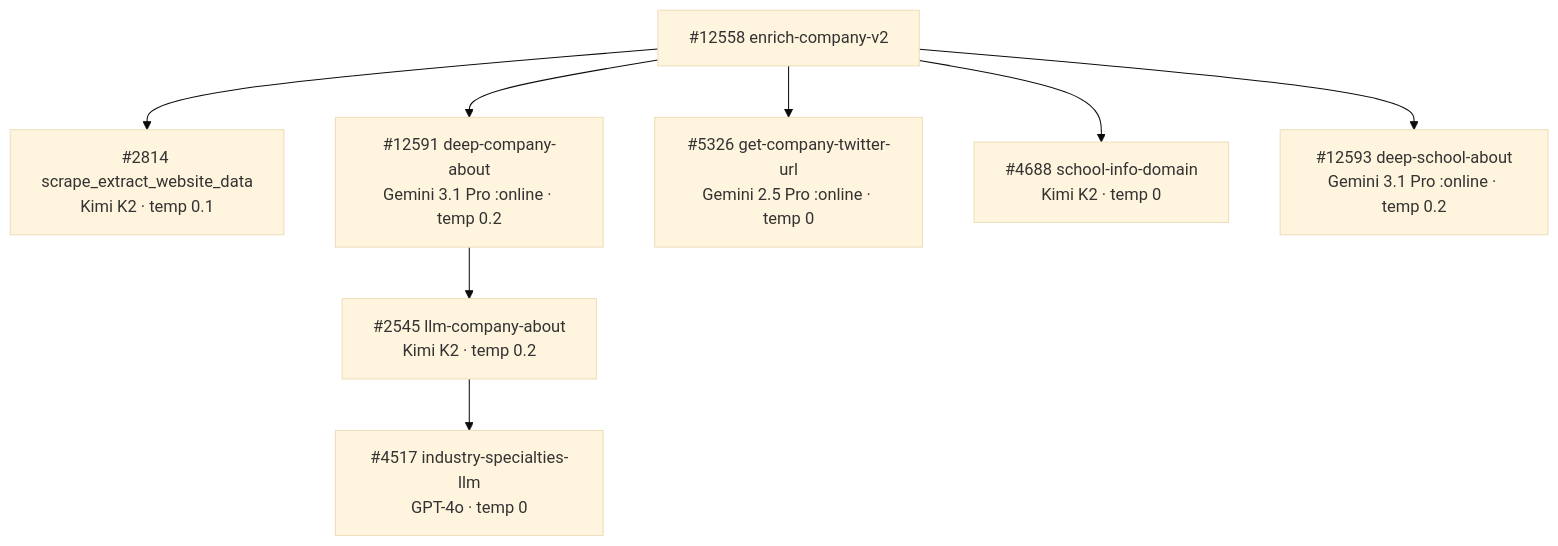
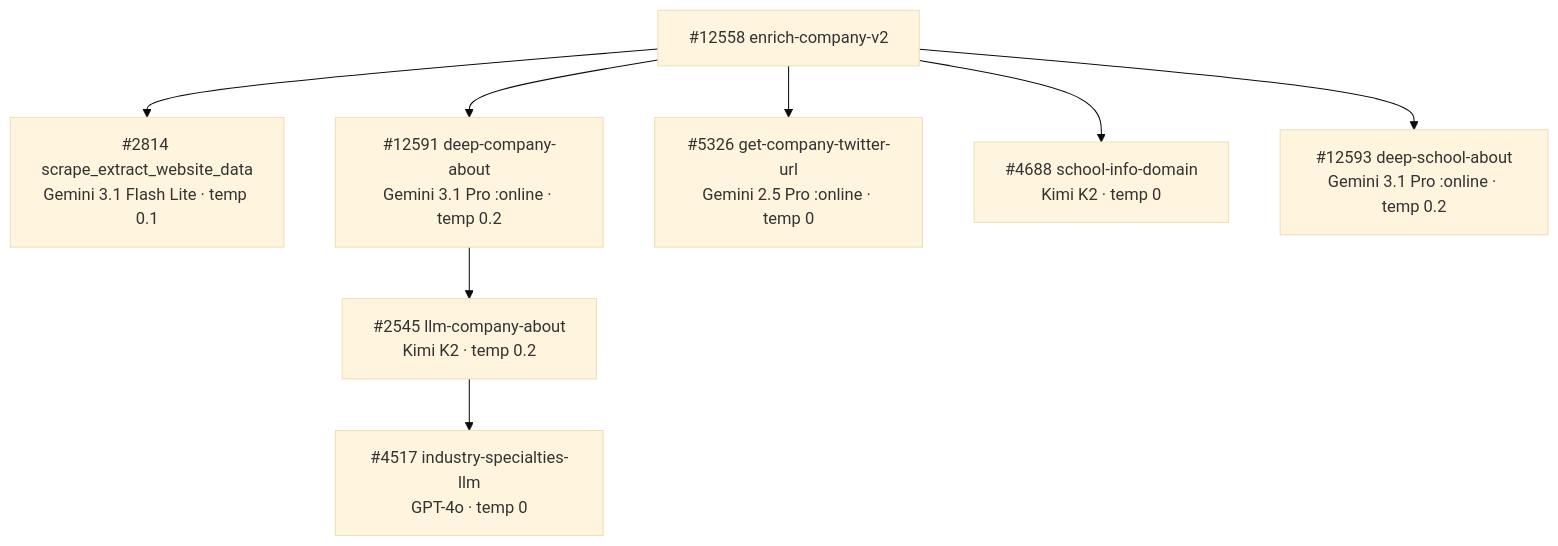
Before and after one commit to M-Pederson/docs: the diagram in guides/enrichment/company-pipeline/model-summary.mdx, drawn with Mermaid (base theme). The commit also changed other lines of this file and 13 other files, not shown here.

````diff
--- a/guides/enrichment/company-pipeline/model-summary.mdx
+++ b/guides/enrichment/company-pipeline/model-summary.mdx
@@ -73,10 +86,10 @@
 ```mermaid
 graph TD
-    A["#12558 enrich-company-v2"] --> B["#2814 scrape_extract_website_data<br/>Kimi K2 · temp 0.1"]
+    A["#12558 enrich-company-v2"] --> B["#2814 scrape_extract_website_data<br/>Gemini 3.1 Flash Lite · temp 0.1"]
     A --> C["#12591 deep-company-about<br/>Gemini 3.1 Pro :online · temp 0.2"]
     A --> D["#5326 get-company-twitter-url<br/>Gemini 2.5 Pro :online · temp 0"]
     A --> E["#4688 school-info-domain<br/>Kimi K2 · temp 0"]
     A --> F["#12593 deep-school-about<br/>Gemini 3.1 Pro :online · temp 0.2"]
     C --> G["#2545 llm-company-about<br/>Kimi K2 · temp 0.2"]
     G --> H["#4517 industry-specialties-llm<br/>GPT-4o · temp 0"]
 ```
````
